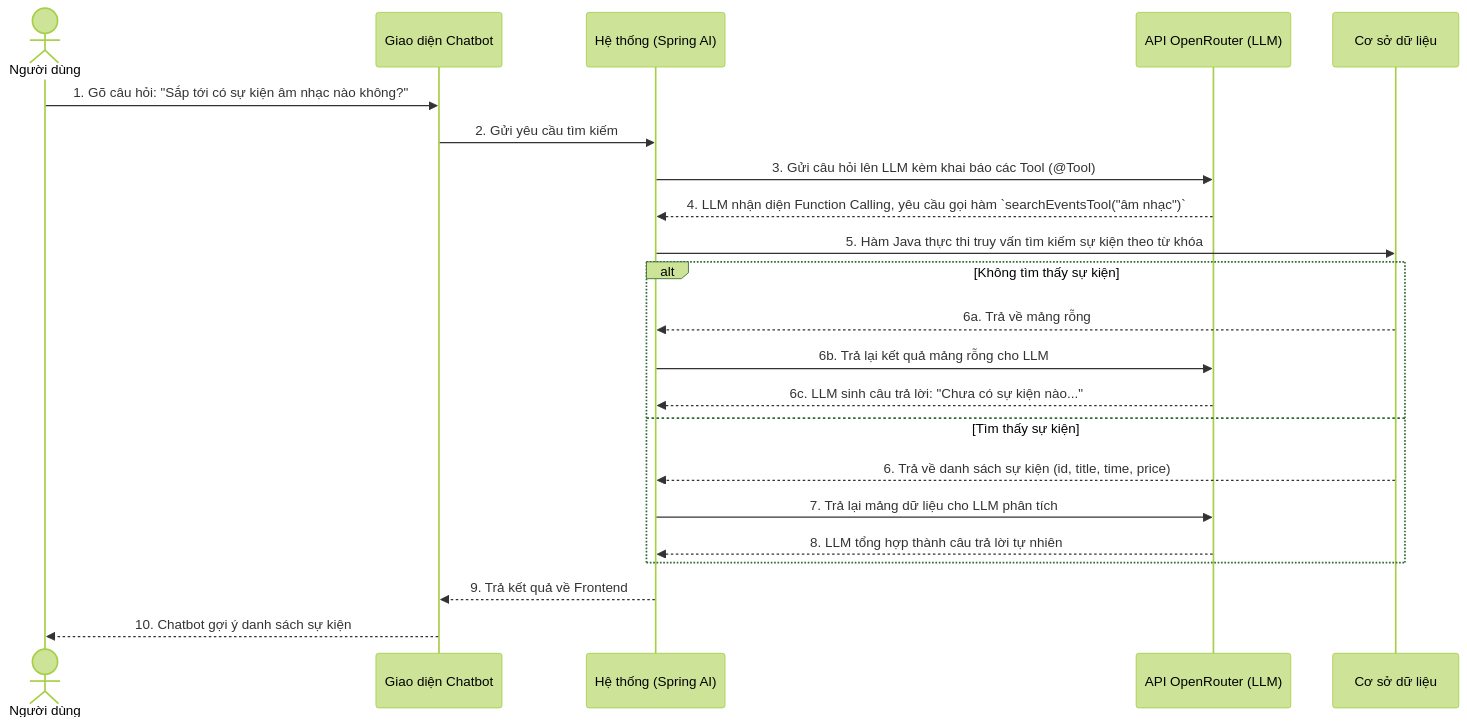
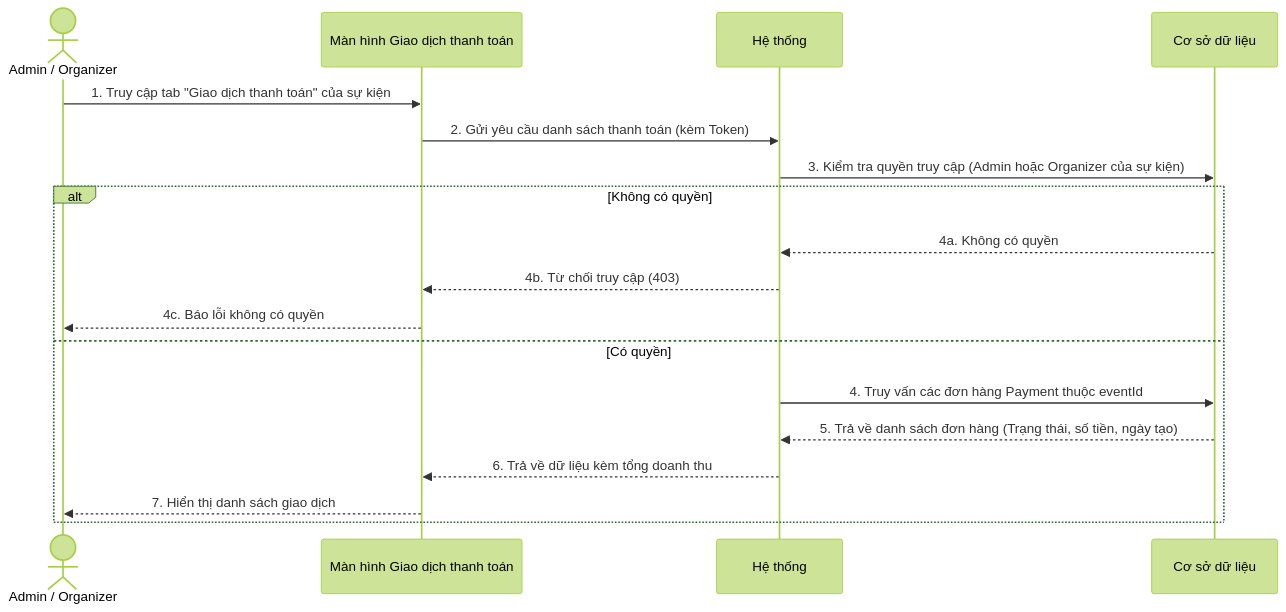
Before and after one commit to ChuDucAnh21/BE-quan-ly-su-kien: the third of 4 diagrams in doc/system_analysis/sequence diagram/05e_sequence_chatbot_ai.md, drawn with Mermaid (forest theme). The commit also changed other lines of this file and 26 other files, not shown here.

Commit message:
feat/add doc pttk, feat api show history payment

````diff
--- a/doc/system_analysis/sequence diagram/05e_sequence_chatbot_ai.md
+++ b/doc/system_analysis/sequence diagram/05e_sequence_chatbot_ai.md
@@ -33,25 +58,21 @@
 ```mermaid
 sequenceDiagram
-    actor User as Người dùng
-    participant UI as Giao diện Chatbot
-    participant HT as Hệ thống (Spring AI)
-    participant LLM as API OpenRouter (LLM)
+    actor Org as Admin / Organizer
+    participant UI as Màn hình Giao dịch thanh toán
+    participant HT as Hệ thống
     participant DB as Cơ sở dữ liệu
 
-    User->>UI: 1. Gõ câu hỏi: "Sắp tới có sự kiện âm nhạc nào không?"
-    UI->>HT: 2. Gửi yêu cầu tìm kiếm
-    HT->>LLM: 3. Gửi câu hỏi lên LLM kèm khai báo các Tool (@Tool)
-    LLM-->>HT: 4. LLM nhận diện Function Calling, yêu cầu gọi hàm `searchEventsTool("âm nhạc")`
-    HT->>DB: 5. Hàm Java thực thi truy vấn tìm kiếm sự kiện theo từ khóa
-    alt Không tìm thấy sự kiện
-        DB-->>HT: 6a. Trả về mảng rỗng
-        HT->>LLM: 6b. Trả lại kết quả mảng rỗng cho LLM
-        LLM-->>HT: 6c. LLM sinh câu trả lời: "Chưa có sự kiện nào..."
-    else Tìm thấy sự kiện
-        DB-->>HT: 6. Trả về danh sách sự kiện (id, title, time, price)
-        HT->>LLM: 7. Trả lại mảng dữ liệu cho LLM phân tích
-        LLM-->>HT: 8. LLM tổng hợp thành câu trả lời tự nhiên
+    Org->>UI: 1. Truy cập tab "Giao dịch thanh toán" của sự kiện
+    UI->>HT: 2. Gửi yêu cầu danh sách thanh toán (kèm Token)
+    HT->>DB: 3. Kiểm tra quyền truy cập (Admin hoặc Organizer của sự kiện)
+    alt Không có quyền
+        DB-->>HT: 4a. Không có quyền
+        HT-->>UI: 4b. Từ chối truy cập (403)
+        UI-->>Org: 4c. Báo lỗi không có quyền
+    else Có quyền
+        HT->>DB: 4. Truy vấn các đơn hàng Payment thuộc eventId
+        DB-->>HT: 5. Trả về danh sách đơn hàng (Trạng thái, số tiền, ngày tạo)
+        HT-->>UI: 6. Trả về dữ liệu kèm tổng doanh thu
+        UI-->>Org: 7. Hiển thị danh sách giao dịch
     end
-    HT-->>UI: 9. Trả kết quả về Frontend
-    UI-->>User: 10. Chatbot gợi ý danh sách sự kiện
 ```
````
